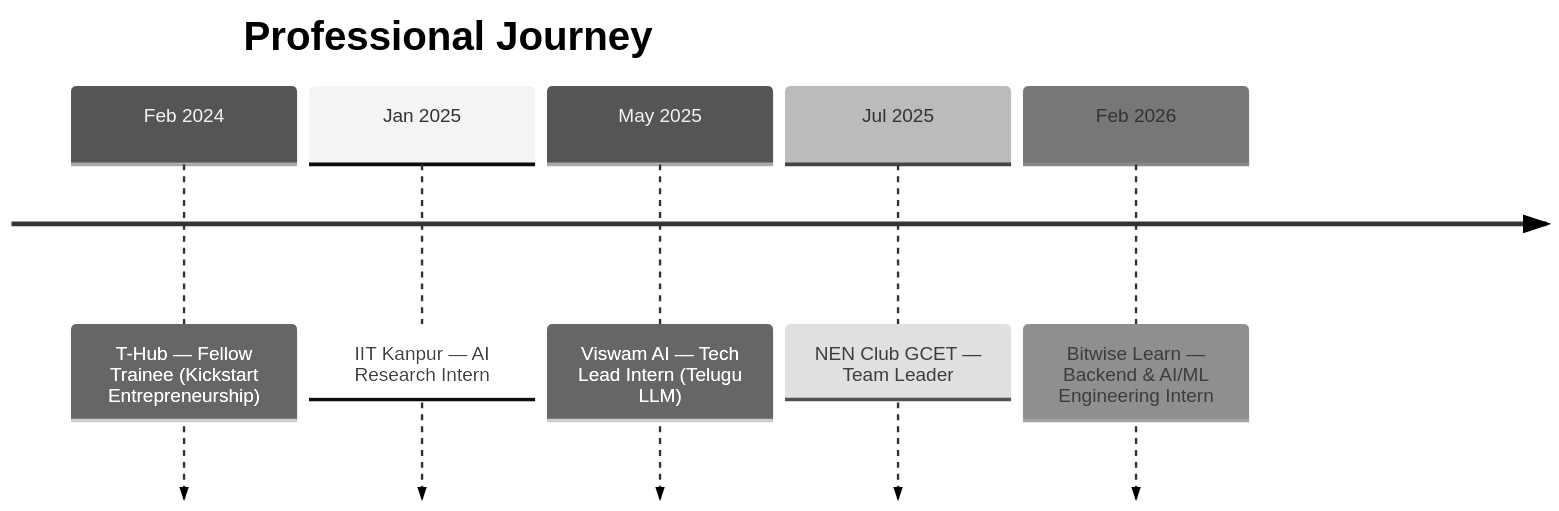
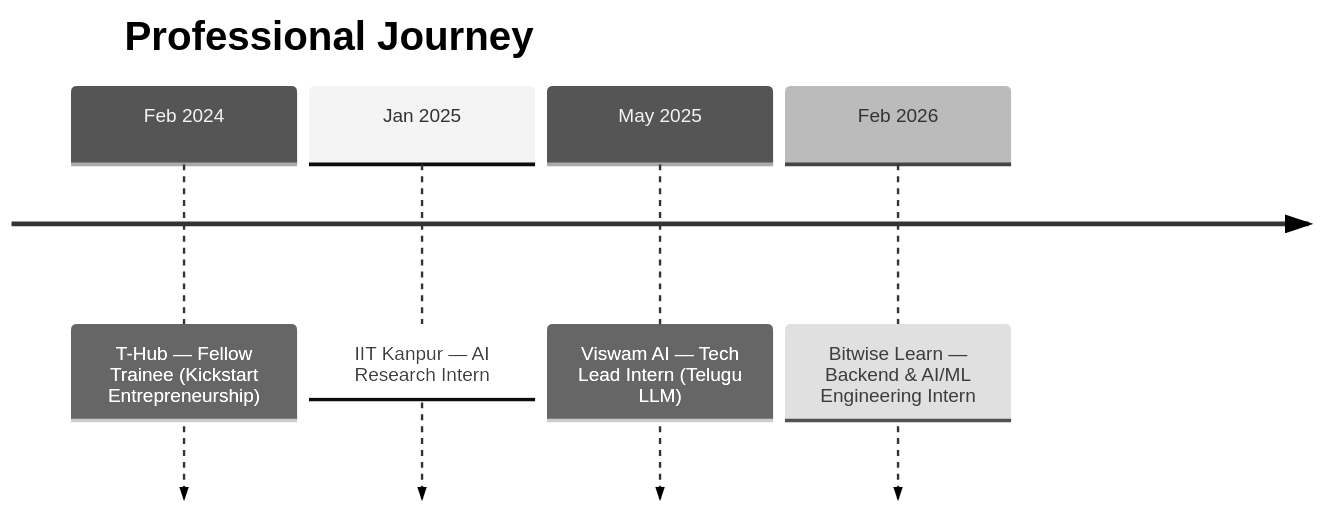
One commit to nikhilesh9ix/nikhilesh9ix changed the diagram in README.md. Above: the diagram before and after it, drawn with Mermaid (neutral theme).

Commit message:
Drop NEN Club from professional journey timeline
It's a leadership role, not professional experience - kept in the
Education & Leadership section where it belongs.

````diff
--- a/README.md
+++ b/README.md
@@ -103,9 +103,8 @@
 ```mermaid
 timeline
     title Professional Journey
     Feb 2024 : T-Hub — Fellow Trainee (Kickstart Entrepreneurship)
     Jan 2025 : IIT Kanpur — AI Research Intern
     May 2025 : Viswam AI — Tech Lead Intern (Telugu LLM)
-    Jul 2025 : NEN Club GCET — Team Leader
     Feb 2026 : Bitwise Learn — Backend & AI/ML Engineering Intern
 ```
````
